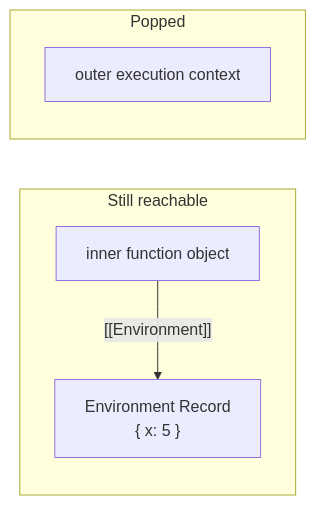
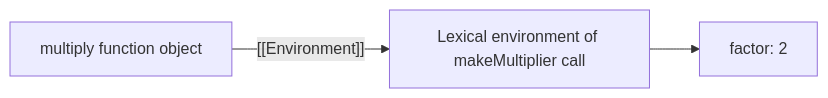
The first of 5 diagrams in docs/javascript/05-closures.md (prajjwaljogdand/FullstackPreparation), drawn with Mermaid before and after one commit. The commit also changed other lines of this file and 91 other files, not shown here.

````diff
--- a/docs/javascript/05-closures.md
+++ b/docs/javascript/05-closures.md
@@ -20,11 +53,7 @@
 ```mermaid
 flowchart LR
-  subgraph surviving ["Still reachable"]
-    InnerFn["inner function object"]
-    Env["Environment Record\n{ x: 5 }"]
-    InnerFn -->|"[[Environment]]"| Env
-  end
-  subgraph gone ["Popped"]
-    EC["outer execution context"]
-  end
+  M["multiply function object"]
+  Env["Lexical environment of makeMultiplier call"]
+  M -->|"[[Environment]]"| Env
+  Env --> factor["factor: 2"]
 ```
````
